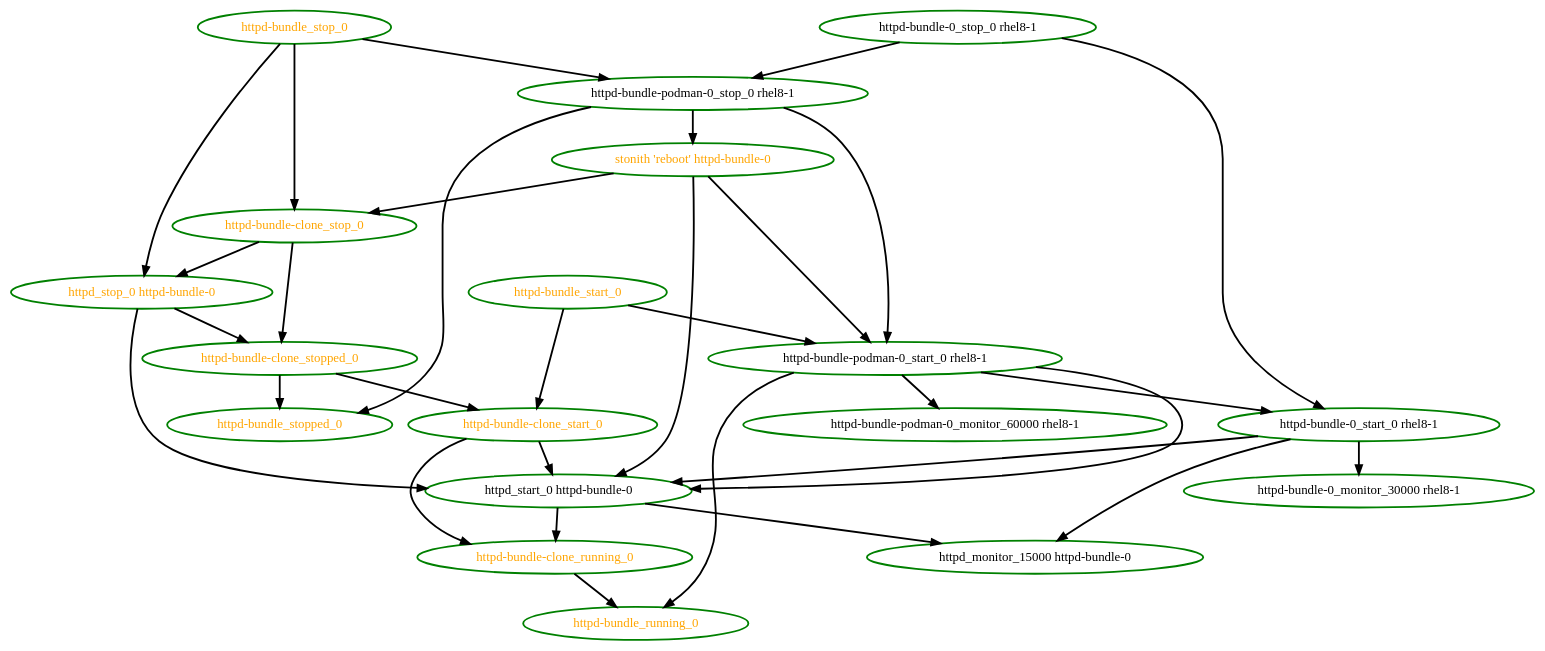
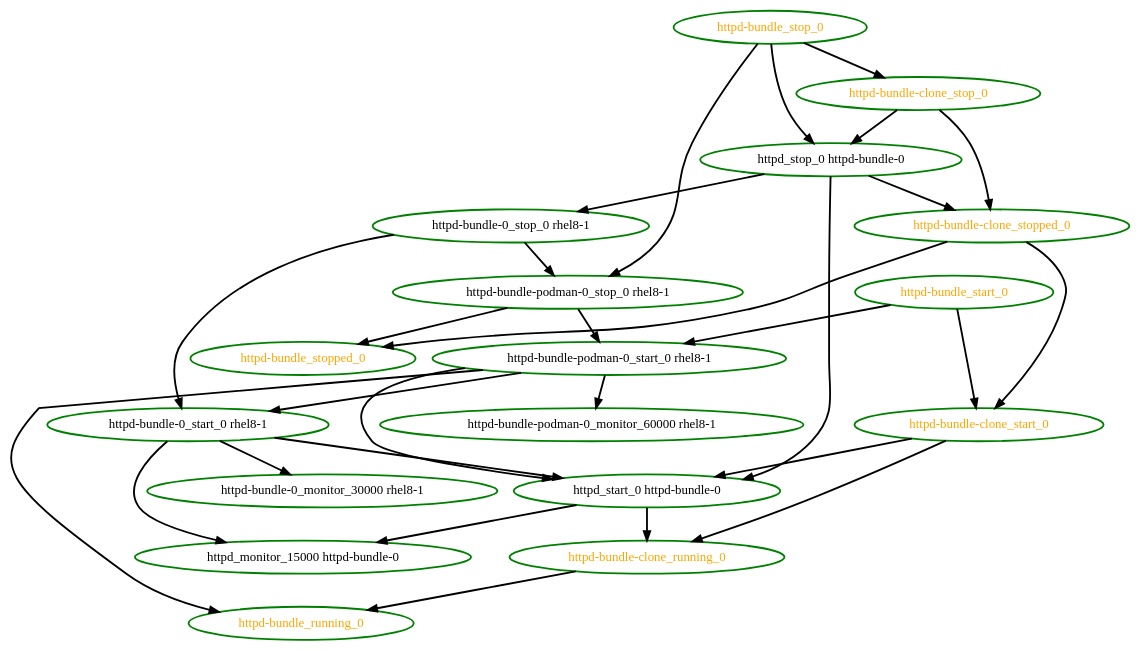
The diagram in cts/scheduler/dot/bundle-connection-with-container.dot (ClusterLabs/pacemaker), drawn with Graphviz before and after one commit. The commit also changed 21 other files, not shown here.

```diff
--- a/cts/scheduler/dot/bundle-connection-with-container.dot
+++ b/cts/scheduler/dot/bundle-connection-with-container.dot
@@ -1,51 +1,47 @@
  digraph "g" {
 "httpd-bundle-0_monitor_30000 rhel8-1" [ style=bold color="green" fontcolor="black"]
 "httpd-bundle-0_start_0 rhel8-1" -> "httpd-bundle-0_monitor_30000 rhel8-1" [ style = bold]
 "httpd-bundle-0_start_0 rhel8-1" -> "httpd_monitor_15000 httpd-bundle-0" [ style = bold]
 "httpd-bundle-0_start_0 rhel8-1" -> "httpd_start_0 httpd-bundle-0" [ style = bold]
 "httpd-bundle-0_start_0 rhel8-1" [ style=bold color="green" fontcolor="black"]
 "httpd-bundle-0_stop_0 rhel8-1" -> "httpd-bundle-0_start_0 rhel8-1" [ style = bold]
 "httpd-bundle-0_stop_0 rhel8-1" -> "httpd-bundle-podman-0_stop_0 rhel8-1" [ style = bold]
 "httpd-bundle-0_stop_0 rhel8-1" [ style=bold color="green" fontcolor="black"]
 "httpd-bundle-clone_running_0" -> "httpd-bundle_running_0" [ style = bold]
 "httpd-bundle-clone_running_0" [ style=bold color="green" fontcolor="orange"]
 "httpd-bundle-clone_start_0" -> "httpd-bundle-clone_running_0" [ style = bold]
 "httpd-bundle-clone_start_0" -> "httpd_start_0 httpd-bundle-0" [ style = bold]
 "httpd-bundle-clone_start_0" [ style=bold color="green" fontcolor="orange"]
 "httpd-bundle-clone_stop_0" -> "httpd-bundle-clone_stopped_0" [ style = bold]
 "httpd-bundle-clone_stop_0" -> "httpd_stop_0 httpd-bundle-0" [ style = bold]
 "httpd-bundle-clone_stop_0" [ style=bold color="green" fontcolor="orange"]
 "httpd-bundle-clone_stopped_0" -> "httpd-bundle-clone_start_0" [ style = bold]
 "httpd-bundle-clone_stopped_0" -> "httpd-bundle_stopped_0" [ style = bold]
 "httpd-bundle-clone_stopped_0" [ style=bold color="green" fontcolor="orange"]
 "httpd-bundle-podman-0_monitor_60000 rhel8-1" [ style=bold color="green" fontcolor="black"]
 "httpd-bundle-podman-0_start_0 rhel8-1" -> "httpd-bundle-0_start_0 rhel8-1" [ style = bold]
 "httpd-bundle-podman-0_start_0 rhel8-1" -> "httpd-bundle-podman-0_monitor_60000 rhel8-1" [ style = bold]
 "httpd-bundle-podman-0_start_0 rhel8-1" -> "httpd-bundle_running_0" [ style = bold]
 "httpd-bundle-podman-0_start_0 rhel8-1" -> "httpd_start_0 httpd-bundle-0" [ style = bold]
 "httpd-bundle-podman-0_start_0 rhel8-1" [ style=bold color="green" fontcolor="black"]
 "httpd-bundle-podman-0_stop_0 rhel8-1" -> "httpd-bundle-podman-0_start_0 rhel8-1" [ style = bold]
 "httpd-bundle-podman-0_stop_0 rhel8-1" -> "httpd-bundle_stopped_0" [ style = bold]
-"httpd-bundle-podman-0_stop_0 rhel8-1" -> "stonith 'reboot' httpd-bundle-0" [ style = bold]
 "httpd-bundle-podman-0_stop_0 rhel8-1" [ style=bold color="green" fontcolor="black"]
 "httpd-bundle_running_0" [ style=bold color="green" fontcolor="orange"]
 "httpd-bundle_start_0" -> "httpd-bundle-clone_start_0" [ style = bold]
 "httpd-bundle_start_0" -> "httpd-bundle-podman-0_start_0 rhel8-1" [ style = bold]
 "httpd-bundle_start_0" [ style=bold color="green" fontcolor="orange"]
 "httpd-bundle_stop_0" -> "httpd-bundle-clone_stop_0" [ style = bold]
 "httpd-bundle_stop_0" -> "httpd-bundle-podman-0_stop_0 rhel8-1" [ style = bold]
 "httpd-bundle_stop_0" -> "httpd_stop_0 httpd-bundle-0" [ style = bold]
 "httpd-bundle_stop_0" [ style=bold color="green" fontcolor="orange"]
 "httpd-bundle_stopped_0" [ style=bold color="green" fontcolor="orange"]
 "httpd_monitor_15000 httpd-bundle-0" [ style=bold color="green" fontcolor="black"]
 "httpd_start_0 httpd-bundle-0" -> "httpd-bundle-clone_running_0" [ style = bold]
 "httpd_start_0 httpd-bundle-0" -> "httpd_monitor_15000 httpd-bundle-0" [ style = bold]
 "httpd_start_0 httpd-bundle-0" [ style=bold color="green" fontcolor="black"]
+"httpd_stop_0 httpd-bundle-0" -> "httpd-bundle-0_stop_0 rhel8-1" [ style = bold]
 "httpd_stop_0 httpd-bundle-0" -> "httpd-bundle-clone_stopped_0" [ style = bold]
 "httpd_stop_0 httpd-bundle-0" -> "httpd_start_0 httpd-bundle-0" [ style = bold]
-"httpd_stop_0 httpd-bundle-0" [ style=bold color="green" fontcolor="orange"]
-"stonith 'reboot' httpd-bundle-0" -> "httpd-bundle-clone_stop_0" [ style = bold]
-"stonith 'reboot' httpd-bundle-0" -> "httpd-bundle-podman-0_start_0 rhel8-1" [ style = bold]
-"stonith 'reboot' httpd-bundle-0" -> "httpd_start_0 httpd-bundle-0" [ style = bold]
-"stonith 'reboot' httpd-bundle-0" [ style=bold color="green" fontcolor="orange"]
+"httpd_stop_0 httpd-bundle-0" [ style=bold color="green" fontcolor="black"]
 }
```
